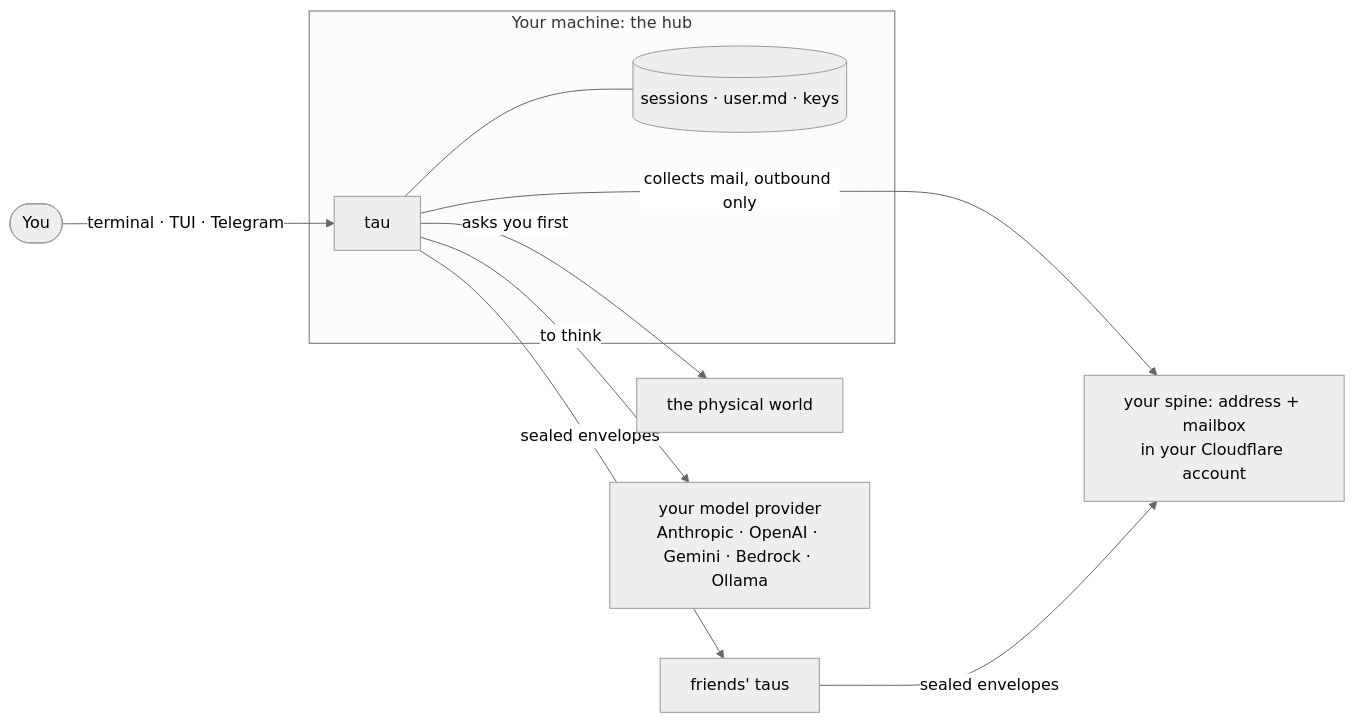
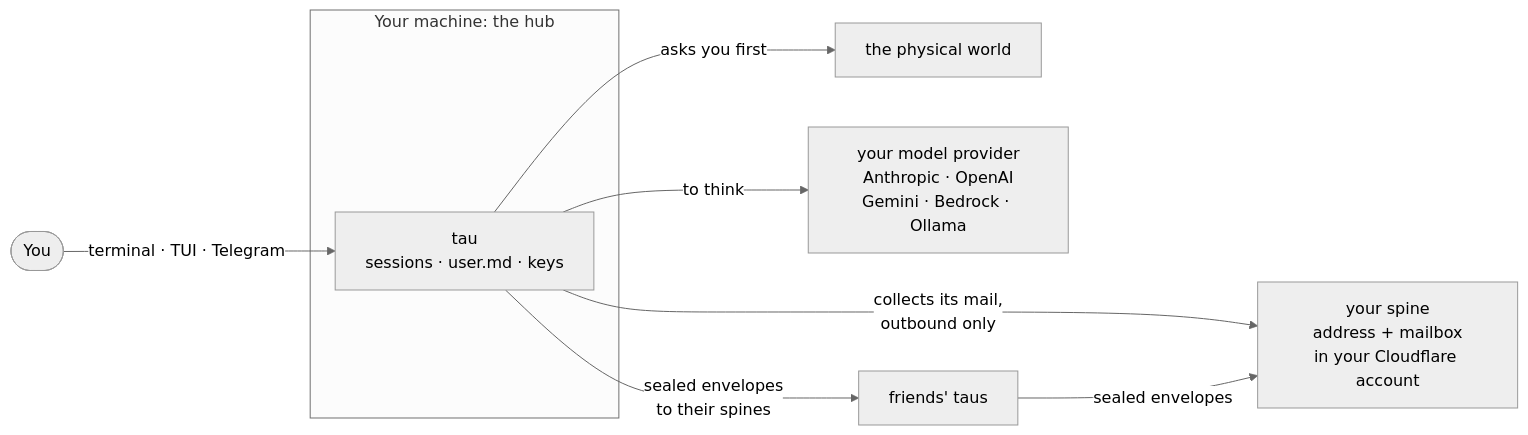
Before and after one commit to fport/tau: the diagram in README.md, drawn with Mermaid (neutral theme).

Commit message:
docs: a tidier overview diagram in the README
Declare the hub subgraph before its edges and fold the data store into
the tau node, so the arrows no longer cross the hub box and the
outgoing envelopes are drawn to the friends' spines. Checked by
rendering it with mermaid-cli.

Refs: 148

````diff
--- a/README.md
+++ b/README.md
@@ -26,12 +26,12 @@
 ```mermaid
 flowchart LR
-  you(["You"]) -->|"terminal · TUI · Telegram"| hub
   subgraph home["Your machine: the hub"]
-    hub["tau"] --- data[("sessions · user.md · keys")]
+    tau["tau<br/>sessions · user.md · keys"]
   end
-  hub -->|"asks you first"| world["the physical world"]
-  hub -->|"to think"| model["your model provider<br/>Anthropic · OpenAI · Gemini · Bedrock · Ollama"]
-  hub -->|"collects mail, outbound only"| spine["your spine: address + mailbox<br/>in your Cloudflare account"]
+  you(["You"]) -->|"terminal · TUI · Telegram"| tau
+  tau -->|"asks you first"| world["the physical world"]
+  tau -->|"to think"| model["your model provider<br/>Anthropic · OpenAI<br/>Gemini · Bedrock · Ollama"]
+  tau -->|"collects its mail,<br/>outbound only"| spine["your spine<br/>address + mailbox<br/>in your Cloudflare account"]
   friends["friends' taus"] -->|"sealed envelopes"| spine
-  hub -->|"sealed envelopes"| friends
+  tau -->|"sealed envelopes<br/>to their spines"| friends
 ```
````
